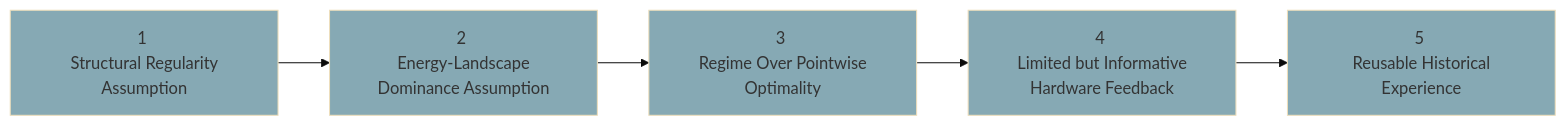
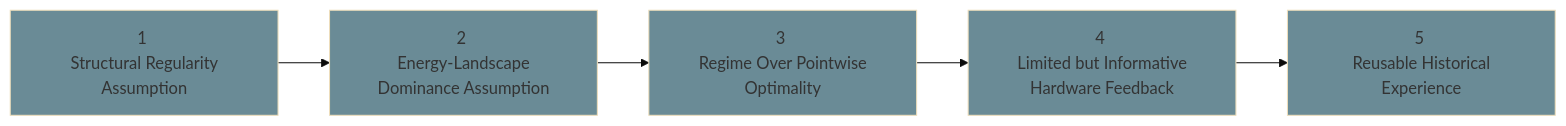
One commit to NaTHuber/HyperparamAgent-Architecture changed the fifth of 5 diagrams in docs/notes.md. Above: the diagram before and after it, drawn with Mermaid (base theme). The commit also changed other lines of this file, not shown here.

Commit message:
[update]: I change the colors od the explicit assumptions diagram

````diff
--- a/docs/notes.md
+++ b/docs/notes.md
@@ -311,19 +312,19 @@
 ```mermaid 
    graph LR 
    A[ 1 <br> Structural Regularity Assumption]
    B[ 2 <br> Energy-Landscape Dominance Assumption]
    C[ 3 <br> Regime Over Pointwise Optimality]
    D[ 4 <br> Limited but Informative Hardware Feedback]
    E[ 5 <br> Reusable Historical Experience] 
 
    A-->B
    B-->C
    C-->D
    D-->E
 
-   style A fill: #86a9b4
-   style B fill: #86a9b4
-   style C fill: #86a9b4
-   style D fill: #86a9b4
-   style E fill: #86a9b4
+   style A fill: #6a8b96
+   style B fill: #6a8b96
+   style C fill: #6a8b96
+   style D fill: #6a8b96
+   style E fill: #6a8b96
 ```
````
